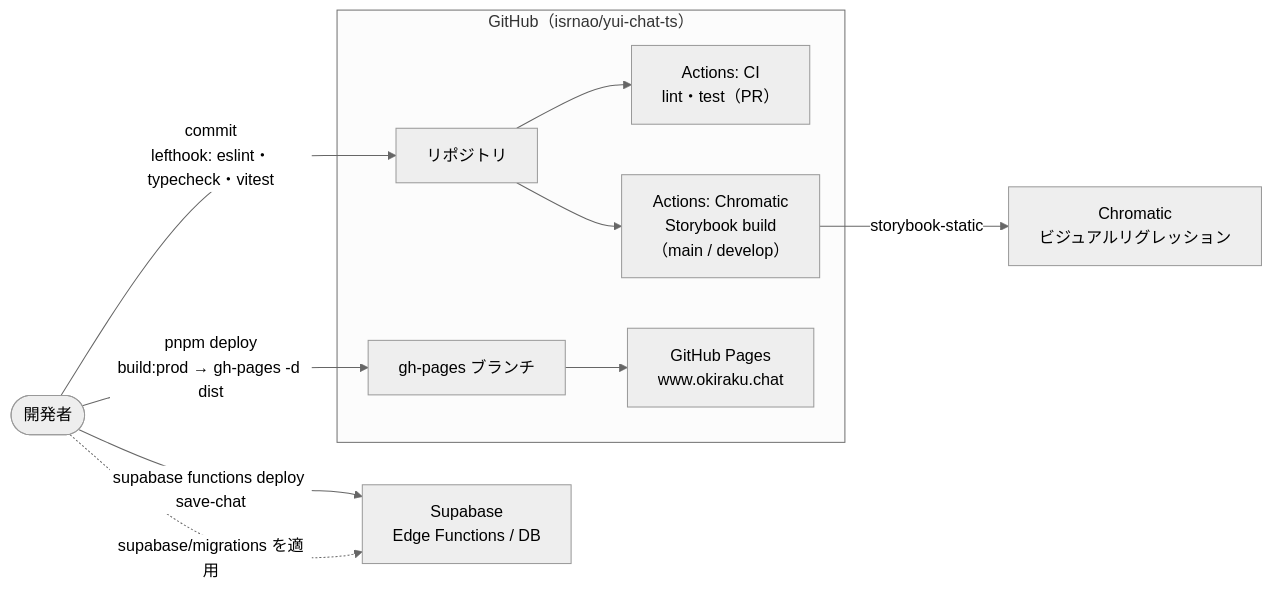
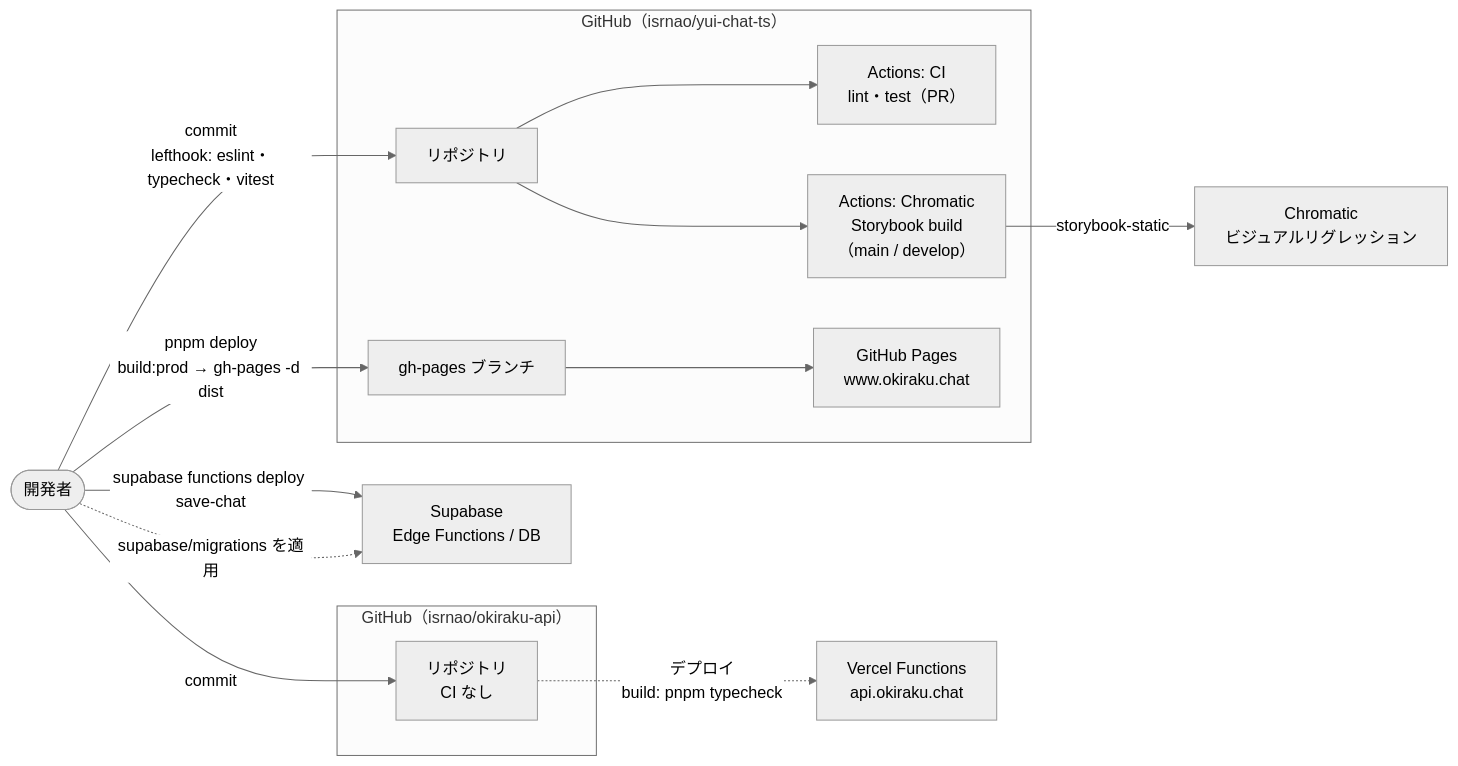
Before and after one commit to isrnao/yui-chat-ts: the fifth of 5 diagrams in docs/SYSTEM_ARCHITECTURE.md, drawn with Mermaid (neutral theme). The commit also changed other lines of this file, not shown here.

First line of the commit message:
docs: 構成図に Okiraku API の内部構成を追加

````diff
--- a/docs/SYSTEM_ARCHITECTURE.md
+++ b/docs/SYSTEM_ARCHITECTURE.md
@@ -178,24 +250,31 @@
 ```mermaid
 flowchart LR
   dev(["開発者"])
 
   subgraph gh["GitHub（isrnao/yui-chat-ts）"]
     repo["リポジトリ"]
     ci["Actions: CI<br/>lint・test（PR）"]
     chromaticWf["Actions: Chromatic<br/>Storybook build<br/>（main / develop）"]
     ghPagesBranch["gh-pages ブランチ"]
     pagesSvc["GitHub Pages<br/>www.okiraku.chat"]
   end
 
+  subgraph ghApi["GitHub（isrnao/okiraku-api）"]
+    apiRepo["リポジトリ<br/>CI なし"]
+  end
+
   chromatic["Chromatic<br/>ビジュアルリグレッション"]
   supa["Supabase<br/>Edge Functions / DB"]
+  vercel["Vercel Functions<br/>api.okiraku.chat"]
 
   dev -->|"commit<br/>lefthook: eslint・typecheck・vitest"| repo
   repo --> ci
   repo --> chromaticWf
   chromaticWf -->|"storybook-static"| chromatic
   dev -->|"pnpm deploy<br/>build:prod → gh-pages -d dist"| ghPagesBranch
   ghPagesBranch --> pagesSvc
   dev -->|"supabase functions deploy save-chat"| supa
   dev -.->|"supabase/migrations を適用"| supa
+  dev -->|"commit"| apiRepo
+  apiRepo -.->|"デプロイ<br/>build: pnpm typecheck"| vercel
 ```
````
